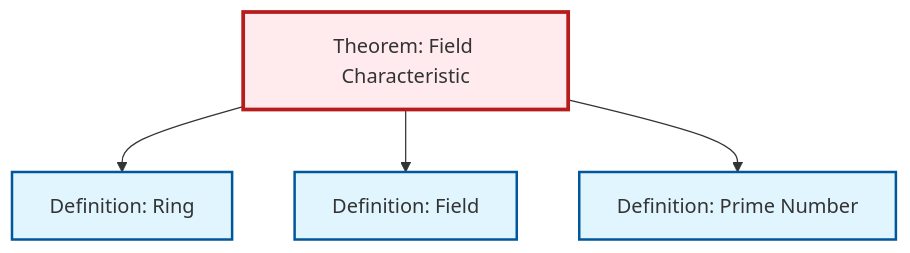
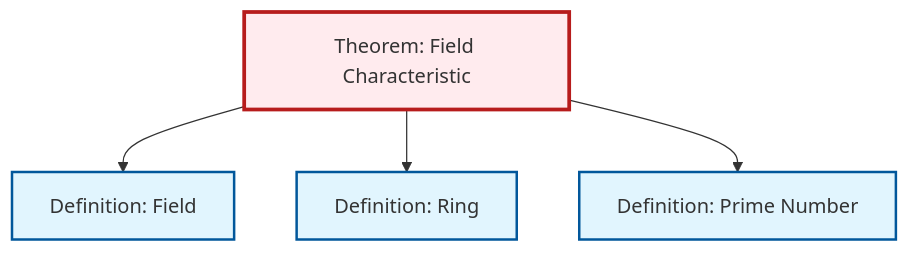
One commit to RK0429/ModernMath changed the diagram in output/mermaid/en/thm-field-characteristic.mermaid. Above: the diagram before and after it, drawn with Mermaid. The commit also changed other lines of this file and 3102 other files, not shown here.

```diff
--- a/output/mermaid/en/thm-field-characteristic.mermaid
+++ b/output/mermaid/en/thm-field-characteristic.mermaid
@@ -1,15 +1,15 @@
 %%| fig-cap: "Local dependency graph"
 graph TD
     classDef definition fill:#e1f5fe,stroke:#01579b,stroke-width:2px
     classDef theorem fill:#f3e5f5,stroke:#4a148c,stroke-width:2px
     classDef axiom fill:#fff3e0,stroke:#e65100,stroke-width:2px
     classDef example fill:#e8f5e9,stroke:#1b5e20,stroke-width:2px
     classDef current fill:#ffebee,stroke:#b71c1c,stroke-width:3px
+    def-prime["Definition: Prime Number"]:::definition
     def-ring["Definition: Ring"]:::definition
     thm-field-characteristic["Theorem: Field Characteristic"]:::theorem
     def-field["Definition: Field"]:::definition
-    def-prime["Definition: Prime Number"]:::definition
+    thm-field-characteristic --> def-field
     thm-field-characteristic --> def-ring
-    thm-field-characteristic --> def-field
     thm-field-characteristic --> def-prime
     class thm-field-characteristic current
```
